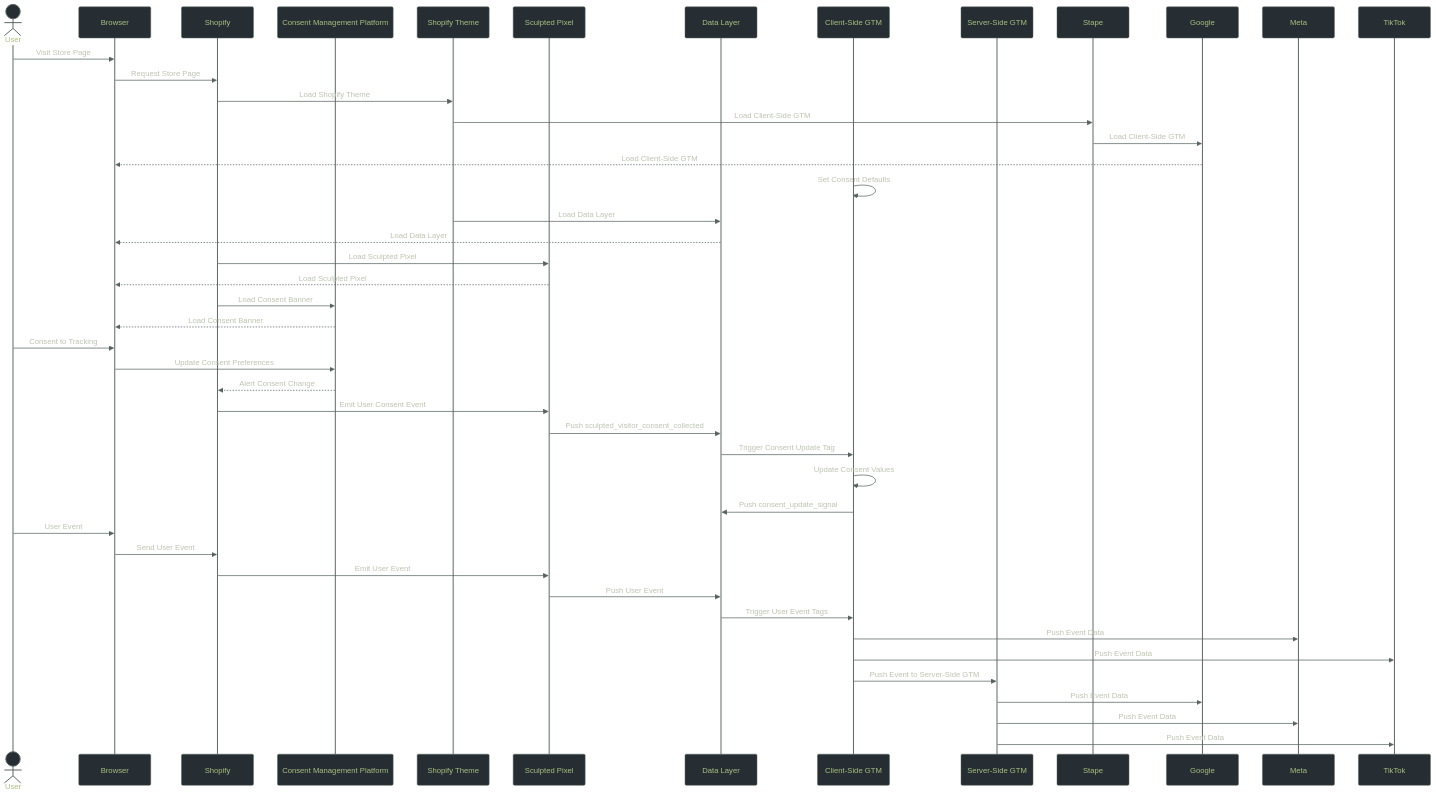
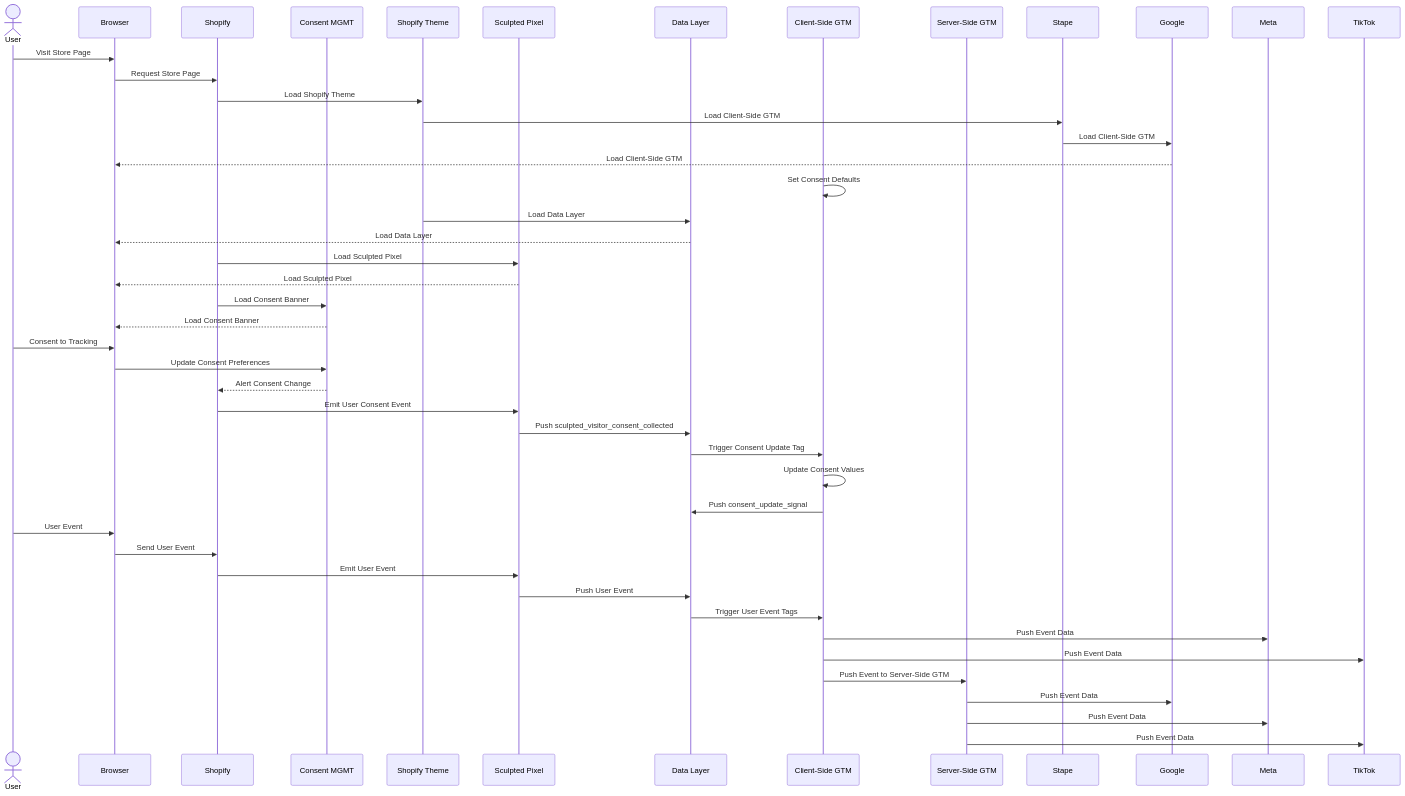
One commit to SculptedSystems/shopify-sculpted-custom-pixel changed the diagram in docs/timing-diagram-frontend.mmd. Above: the diagram before and after it, drawn with Mermaid. The commit also changed 2 other files, not shown here.

Commit message:
catch up mermaid diagram files

```diff
--- a/docs/timing-diagram-frontend.mmd
+++ b/docs/timing-diagram-frontend.mmd
@@ -1,66 +1,48 @@
----
-config:
-  theme: 'base'
-  themeVariables:
-    darkMode: true
-    background: '#272E33'
-
-    fontFamily: verdana
-    fontSize: 16px
-
-    primaryColor: '#272E33'
-    primaryTextColor: '#A7C080'
-    primaryBorderColor: '#56635F'
-    
-    signalColor: '#56635F'
-    signalTextColor: '#BDC3AF'
----
-
 sequenceDiagram
 
 actor A1 as User
 participant P0 as Browser
 participant P1 as Shopify
-participant P2 as Consent Management Platform
+participant P2 as Consent MGMT
 participant P11 as Shopify Theme
 participant P3 as Sculpted Pixel
 participant P4 as Data Layer
 participant P5 as Client-Side GTM
 participant P6 as Server-Side GTM
 participant P7 as Stape
 participant P8 as Google
 participant P9 as Meta
 participant P10 as TikTok
 
 A1->>P0: Visit Store Page
 P0->>P1: Request Store Page
 P1->>P11: Load Shopify Theme
 P11->>P7: Load Client-Side GTM
 P7->>P8: Load Client-Side GTM
 P8-->>P0: Load Client-Side GTM
 P5->>P5: Set Consent Defaults
 P11->>P4: Load Data Layer
 P4-->>P0: Load Data Layer
 P1->>P3: Load Sculpted Pixel
 P3-->>P0: Load Sculpted Pixel
 P1->>P2: Load Consent Banner
 P2-->>P0: Load Consent Banner
 A1->>P0: Consent to Tracking
 P0->>P2: Update Consent Preferences
 P2-->>P1: Alert Consent Change
 P1->>P3: Emit User Consent Event
 P3->>P4: Push sculpted_visitor_consent_collected
 P4->>P5: Trigger Consent Update Tag
 P5->>P5: Update Consent Values
 P5->>P4: Push consent_update_signal
 A1->>P0: User Event
 P0->>P1: Send User Event
 P1->>P3: Emit User Event
 P3->>P4: Push User Event
 P4->>P5: Trigger User Event Tags
 P5->>P9: Push Event Data
 P5->>P10: Push Event Data
 P5->>P6: Push Event to Server-Side GTM
 P6->>P8: Push Event Data
 P6->>P9: Push Event Data
 P6->>P10: Push Event Data
```
